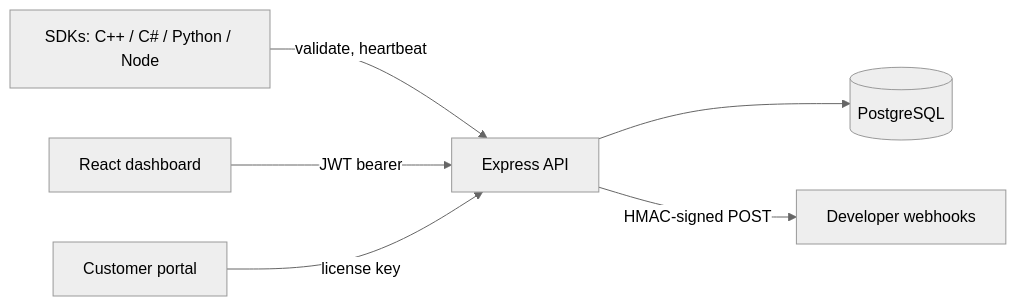
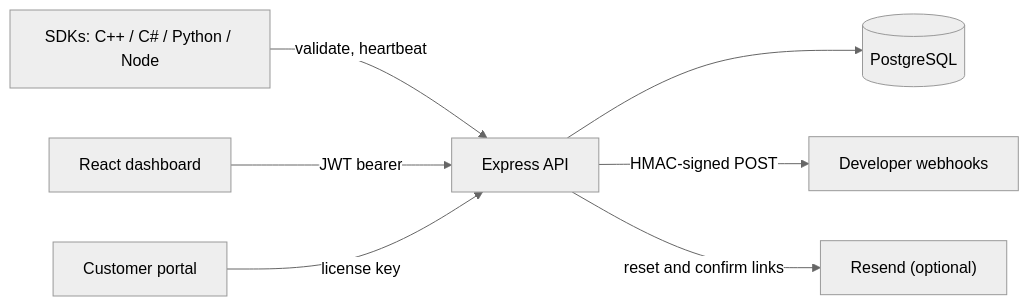
One commit to bravo-mp4/ShieldAuth changed the second of 2 diagrams in README.md. Above: the diagram before and after it, drawn with Mermaid (neutral theme). The commit also changed other lines of this file and 11 other files, not shown here.

````diff
--- a/README.md
+++ b/README.md
@@ -63,8 +75,9 @@
 ```mermaid
 flowchart LR
     SDK["SDKs: C++ / C# / Python / Node"] -->|validate, heartbeat| API
     Dash["React dashboard"] -->|JWT bearer| API
     Portal["Customer portal"] -->|license key| API
     API["Express API"] --> PG[(PostgreSQL)]
     API -->|HMAC-signed POST| Hooks["Developer webhooks"]
+    API -->|reset and confirm links| Mail["Resend (optional)"]
 ```
````
